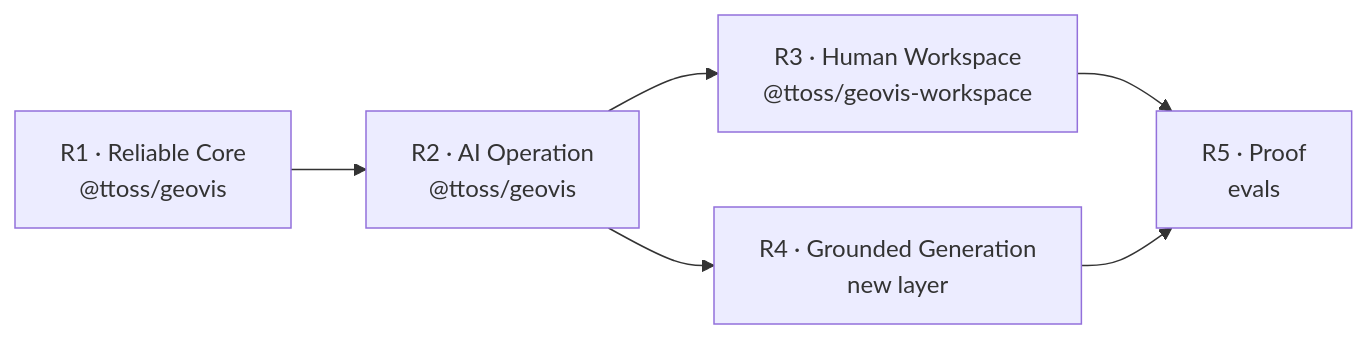
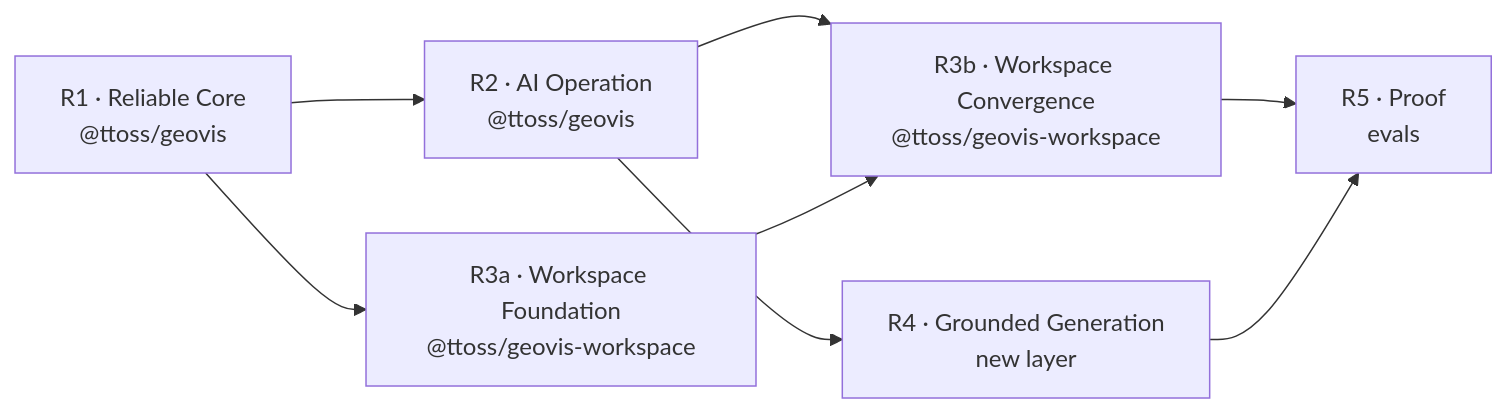
One commit to ttoss/ttoss changed the diagram in packages/geovis/docs/roadmap.md. Above: the diagram before and after it, drawn with Mermaid. The commit also changed other lines of this file and 11 other files, not shown here.

Commit message:
docs(geovis): add workspace ADRs 0001-0004 and update roadmap with R3a/R3b phases

````diff
--- a/packages/geovis/docs/roadmap.md
+++ b/packages/geovis/docs/roadmap.md
@@ -10,8 +10,10 @@
 ```mermaid
 graph LR
   R1["R1 · Reliable Core<br/>@ttoss/geovis"] --> R2["R2 · AI Operation<br/>@ttoss/geovis"]
-  R2 --> R3["R3 · Human Workspace<br/>@ttoss/geovis-workspace"]
+  R1 --> R3a["R3a · Workspace Foundation<br/>@ttoss/geovis-workspace"]
+  R2 --> R3b["R3b · Workspace Convergence<br/>@ttoss/geovis-workspace"]
+  R3a --> R3b
   R2 --> R4["R4 · Grounded Generation<br/>new layer"]
-  R3 --> R5["R5 · Proof<br/>evals"]
+  R3b --> R5["R5 · Proof<br/>evals"]
   R4 --> R5
 ```
````
